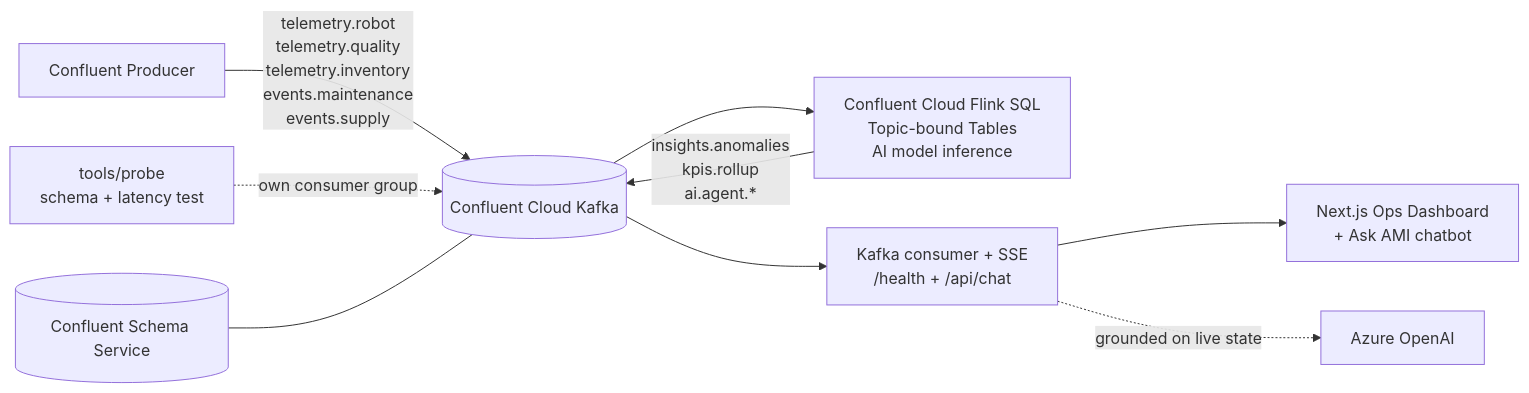
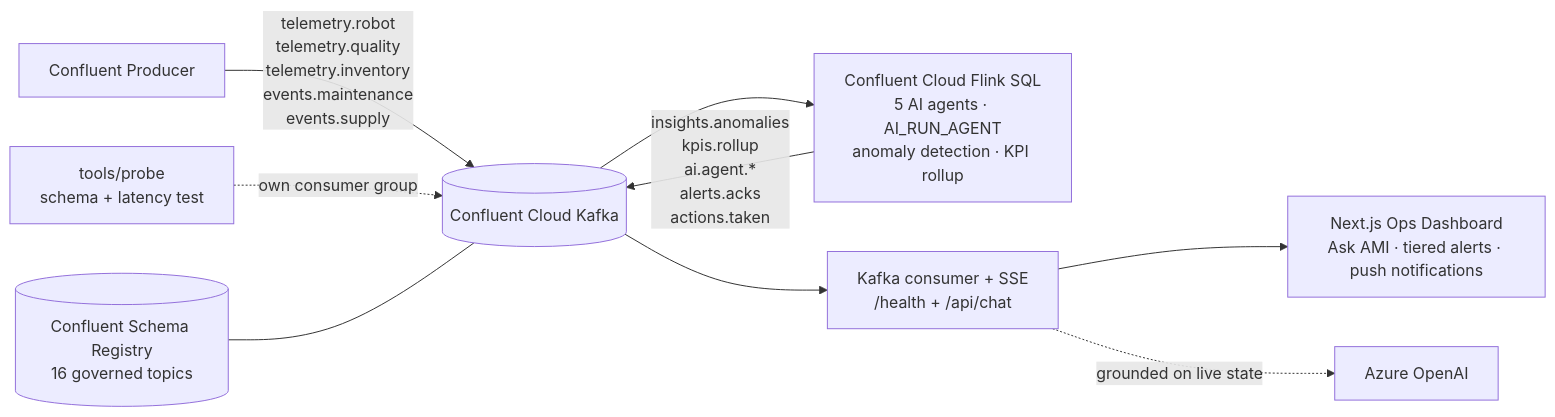
One commit to ikartikk/confluent-ami changed the diagram in README.md. Above: the diagram before and after it, drawn with Mermaid. The commit also changed other lines of this file and 11 other files, not shown here.

````diff
--- a/README.md
+++ b/README.md
@@ -7,11 +7,11 @@
 ```mermaid
 flowchart LR
   SIM[Confluent Producer] -->|telemetry.robot<br/>telemetry.quality<br/>telemetry.inventory<br/>events.maintenance<br/>events.supply| KAFKA[(Confluent Cloud Kafka)]
-  KAFKA --> FLINK[Confluent Cloud Flink SQL<br/>Topic-bound Tables<br/>AI model inference]
-  FLINK -->|insights.anomalies<br/>kpis.rollup<br/>ai.agent.*| KAFKA
+  KAFKA --> FLINK[Confluent Cloud Flink SQL<br/>5 AI agents · AI_RUN_AGENT<br/>anomaly detection · KPI rollup]
+  FLINK -->|insights.anomalies<br/>kpis.rollup<br/>ai.agent.*<br/>alerts.acks<br/>actions.taken| KAFKA
   KAFKA --> API[Kafka consumer + SSE<br/>/health + /api/chat]
-  API --> WEB[Next.js Ops Dashboard<br/>+ Ask AMI chatbot]
+  API --> WEB[Next.js Ops Dashboard<br/>Ask AMI · tiered alerts · push notifications]
   API -.->|grounded on live state| AZURE[Azure OpenAI]
   PROBE[tools/probe<br/>schema + latency test] -.->|own consumer group| KAFKA
-  SCHEMA[(Confluent Schema Service)] --- KAFKA
+  SCHEMA[(Confluent Schema Registry<br/>16 governed topics)] --- KAFKA
 ```
````
